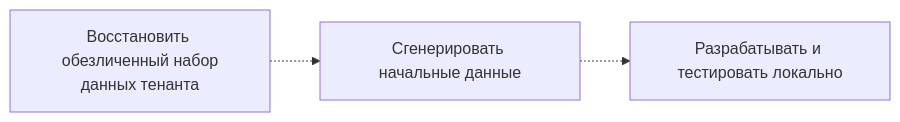
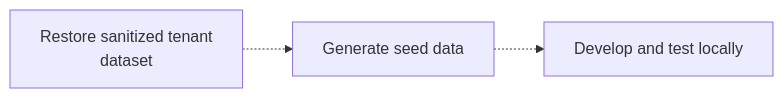
One commit to coderabbit-demo/clickhouse-demo changed the second of 2 diagrams in docs/ru/products/managed-postgres/local-development.mdx. Above: the diagram before and after it, drawn with Mermaid. The commit also changed other lines of this file and 10230 other files, not shown here.

````diff
--- a/docs/ru/products/managed-postgres/local-development.mdx
+++ b/docs/ru/products/managed-postgres/local-development.mdx
@@ -34,4 +34,4 @@
 ```mermaid
 graph LR
-    A[Восстановить обезличенный набор<br/>данных тенанта] -.-> B[Сгенерировать начальные данные] -.-> C[Разрабатывать и тестировать локально]
+    A[Restore sanitized tenant<br/>dataset] -.-> B[Generate seed data] -.-> C[Develop and test locally]
 ```
````
